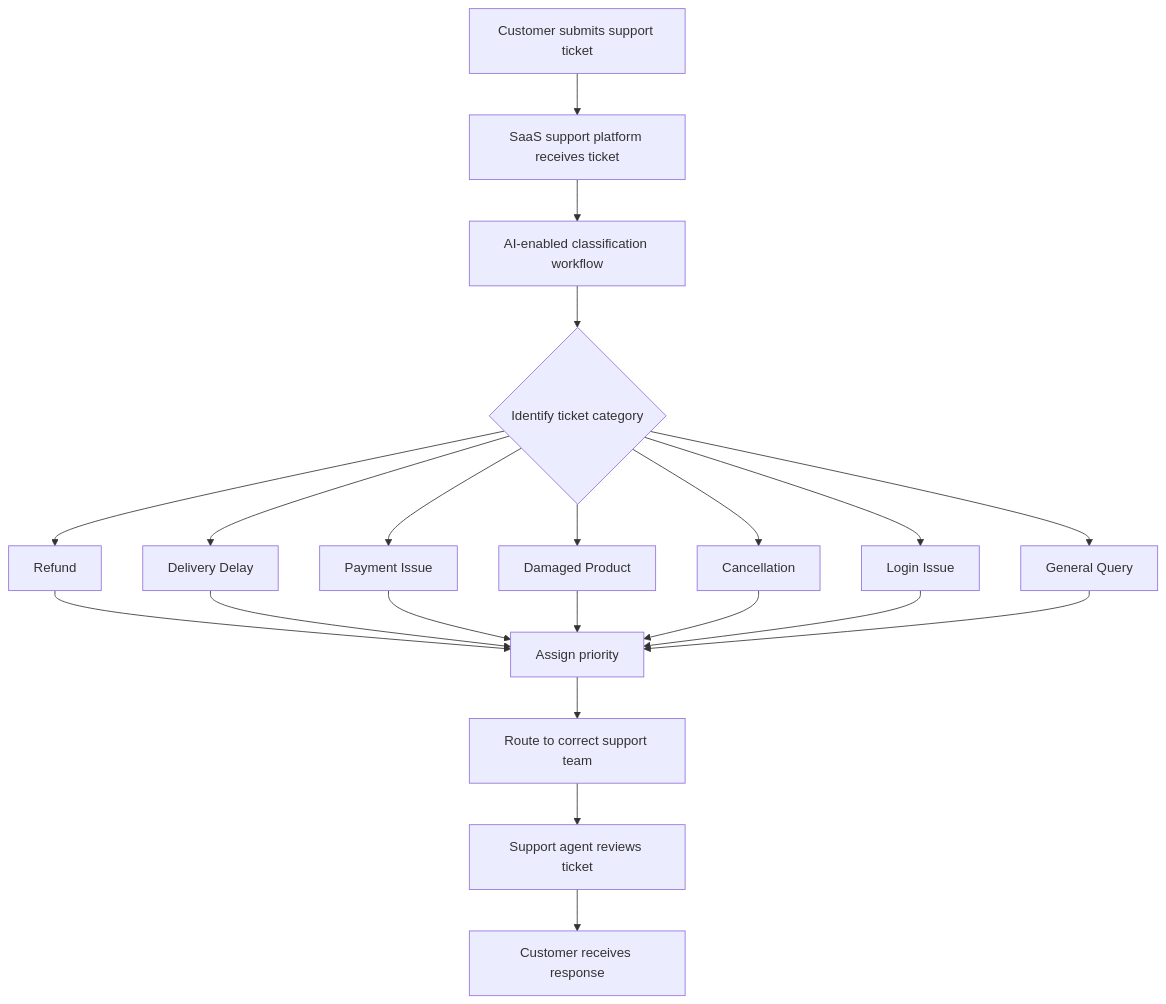
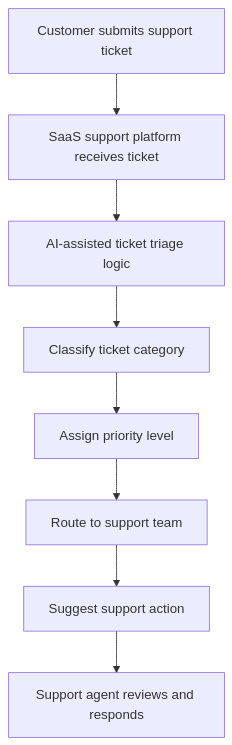
The first of 2 diagrams in README.md (Jazz00001/Ticket-Triage-Delivery), drawn with Mermaid before and after one commit. The commit also changed other lines of this file, not shown here.

````diff
--- a/README.md
+++ b/README.md
@@ -15,23 +97,10 @@
 ```mermaid
 flowchart TD
     A[Customer submits support ticket] --> B[SaaS support platform receives ticket]
-    B --> C[AI-enabled classification workflow]
-    C --> D{Identify ticket category}
-    D --> E[Refund]
-    D --> F[Delivery Delay]
-    D --> G[Payment Issue]
-    D --> H[Damaged Product]
-    D --> I[Cancellation]
-    D --> J[Login Issue]
-    D --> K[General Query]
-    E --> L[Assign priority]
-    F --> L
-    G --> L
-    H --> L
-    I --> L
-    J --> L
-    K --> L
-    L --> M[Route to correct support team]
-    M --> N[Support agent reviews ticket]
-    N --> O[Customer receives response]
+    B --> C[AI-assisted ticket triage logic]
+    C --> D[Classify ticket category]
+    D --> E[Assign priority level]
+    E --> F[Route to support team]
+    F --> G[Suggest support action]
+    G --> H[Support agent reviews and responds]
 ```
````
